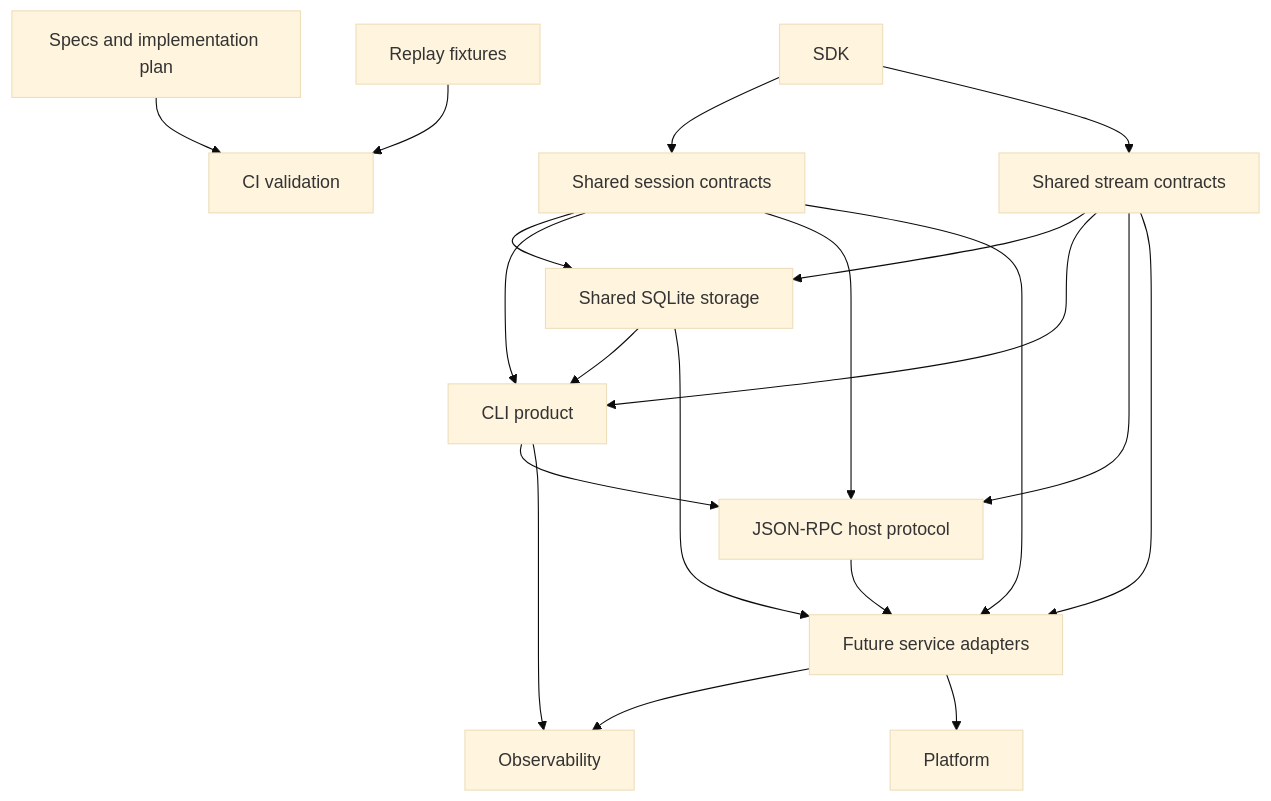
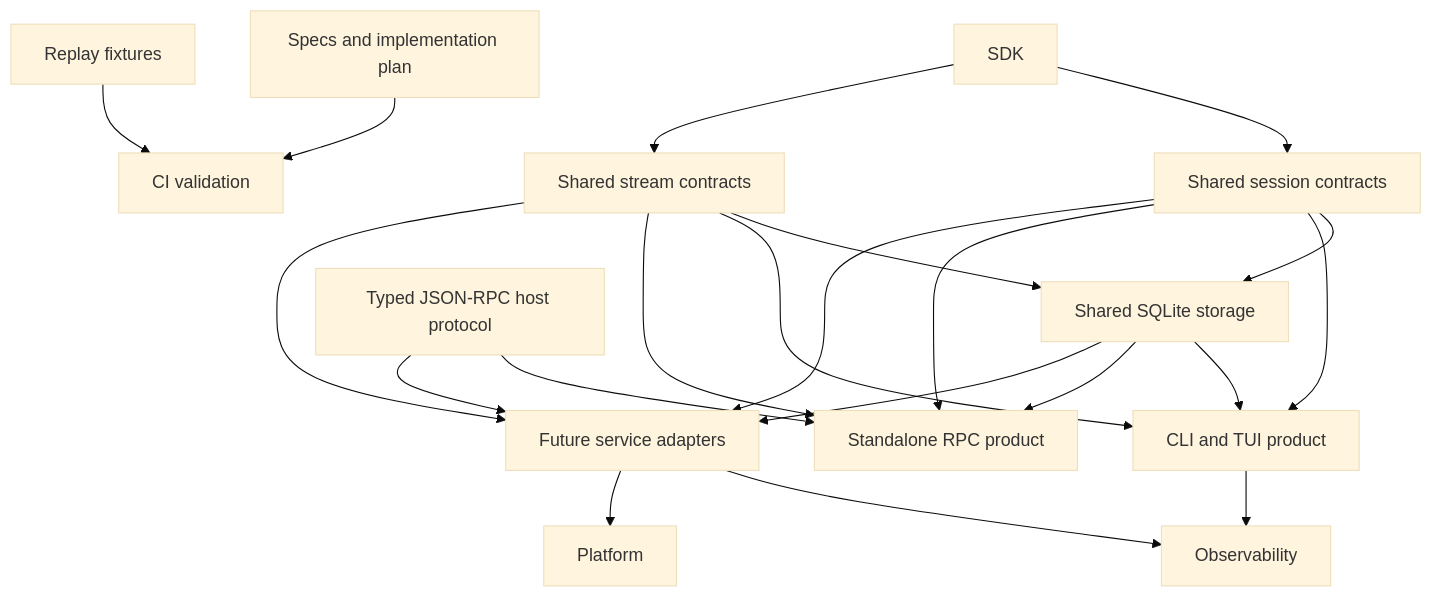
One commit to Wh1isper/starweaver changed the diagram in spec/ops/README.md. Above: the diagram before and after it, drawn with Mermaid (base theme). The commit also changed other lines of this file and 326 other files, not shown here.

First line of the commit message:
refactor(architecture): consolidate durable execution boundaries (#67)

````diff
--- a/spec/ops/README.md
+++ b/spec/ops/README.md
@@ -21,35 +21,37 @@
 ```mermaid
 flowchart TD
     ci[CI validation]
     replay[Replay fixtures]
     specs[Specs and implementation plan]
     sdk[SDK]
     session[Shared session contracts]
     stream[Shared stream contracts]
     storage[Shared SQLite storage]
-    cli[CLI product]
-    hostrpc[JSON-RPC host protocol]
+    cli[CLI and TUI product]
+    rpc[Standalone RPC product]
+    hostrpc[Typed JSON-RPC host protocol]
     service[Future service adapters]
     observability[Observability]
     platform[Platform]
 
     specs --> ci
     replay --> ci
     sdk --> session
     sdk --> stream
     session --> storage
     stream --> storage
     storage --> cli
     session --> cli
     stream --> cli
-    cli --> hostrpc
-    session --> hostrpc
-    stream --> hostrpc
+    storage --> rpc
+    session --> rpc
+    stream --> rpc
+    hostrpc --> rpc
     hostrpc --> service
     session --> service
     stream --> service
     storage --> service
     service --> observability
     cli --> observability
     service --> platform
 ```
````
